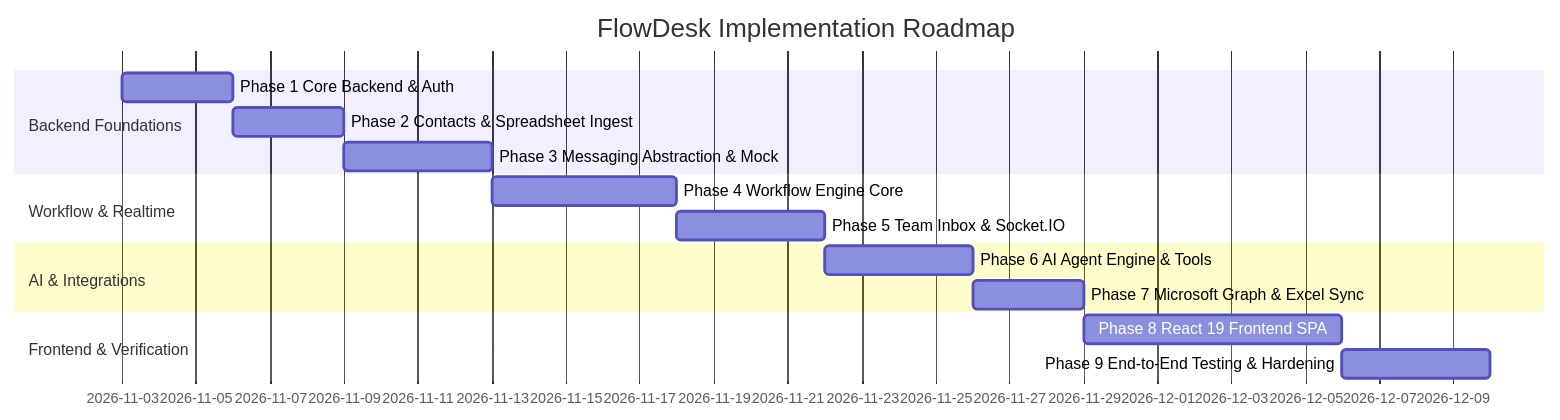
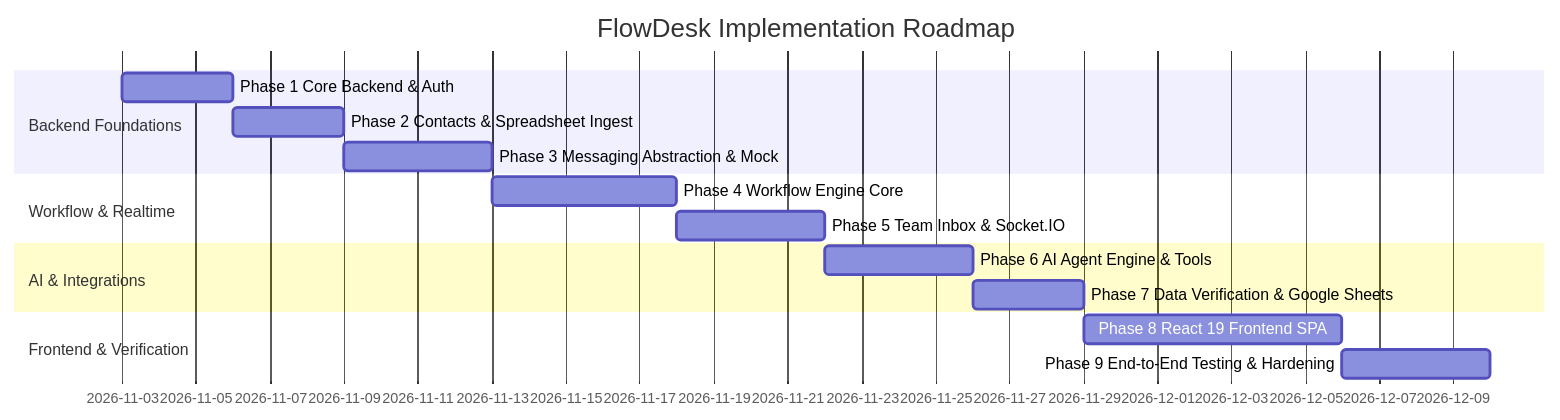
Before and after one commit to amanresearchconnect/FlowDesk: the diagram in docs/09-DEVELOPMENT-ROADMAP.md, drawn with Mermaid. The commit also changed other lines of this file and 5 other files, not shown here.

Commit message:
docs: update architecture and roadmap to support Google Sheets verification

````diff
--- a/docs/09-DEVELOPMENT-ROADMAP.md
+++ b/docs/09-DEVELOPMENT-ROADMAP.md
@@ -9,18 +9,18 @@
 ```mermaid
 gantt
     dateFormat  YYYY-MM-DD
     title FlowDesk Implementation Roadmap
     section Backend Foundations
     Phase 1 Core Backend & Auth             :p1, 2026-11-03, 3d
     Phase 2 Contacts & Spreadsheet Ingest   :p2, after p1, 3d
     Phase 3 Messaging Abstraction & Mock    :p3, after p2, 4d
     section Workflow & Realtime
     Phase 4 Workflow Engine Core            :p4, after p3, 5d
     Phase 5 Team Inbox & Socket.IO          :p5, after p4, 4d
     section AI & Integrations
     Phase 6 AI Agent Engine & Tools         :p6, after p5, 4d
-    Phase 7 Microsoft Graph & Excel Sync    :p7, after p6, 3d
+    Phase 7 Data Verification & Google Sheets :p7, after p6, 3d
     section Frontend & Verification
     Phase 8 React 19 Frontend SPA           :p8, after p7, 7d
     Phase 9 End-to-End Testing & Hardening  :p9, after p8, 4d
 ```
````
